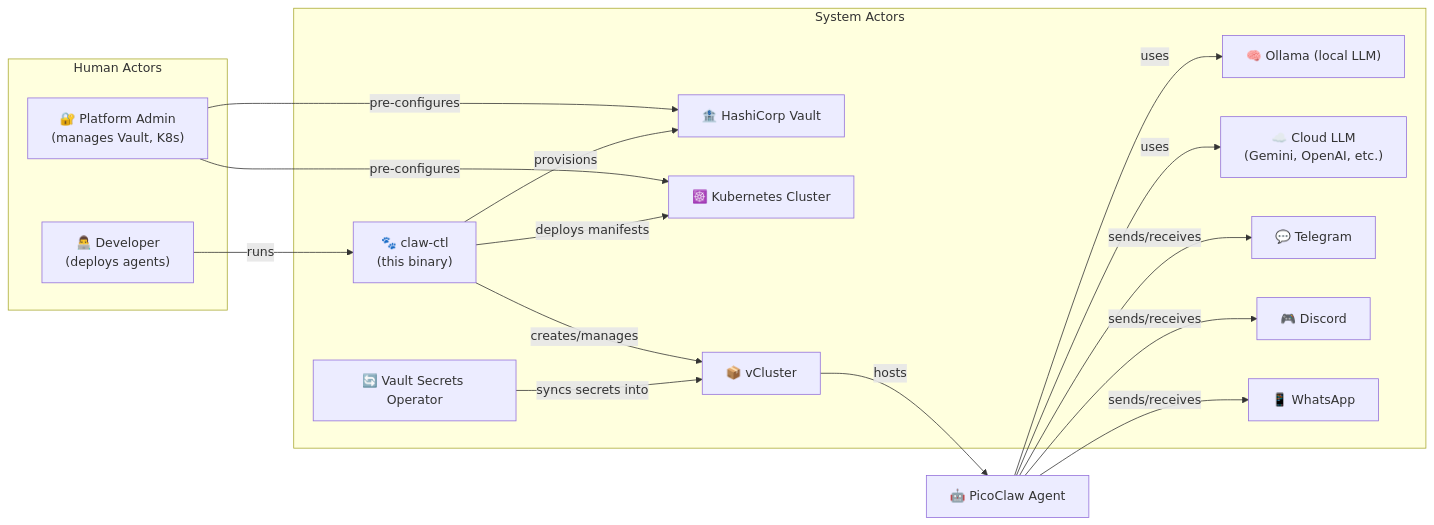
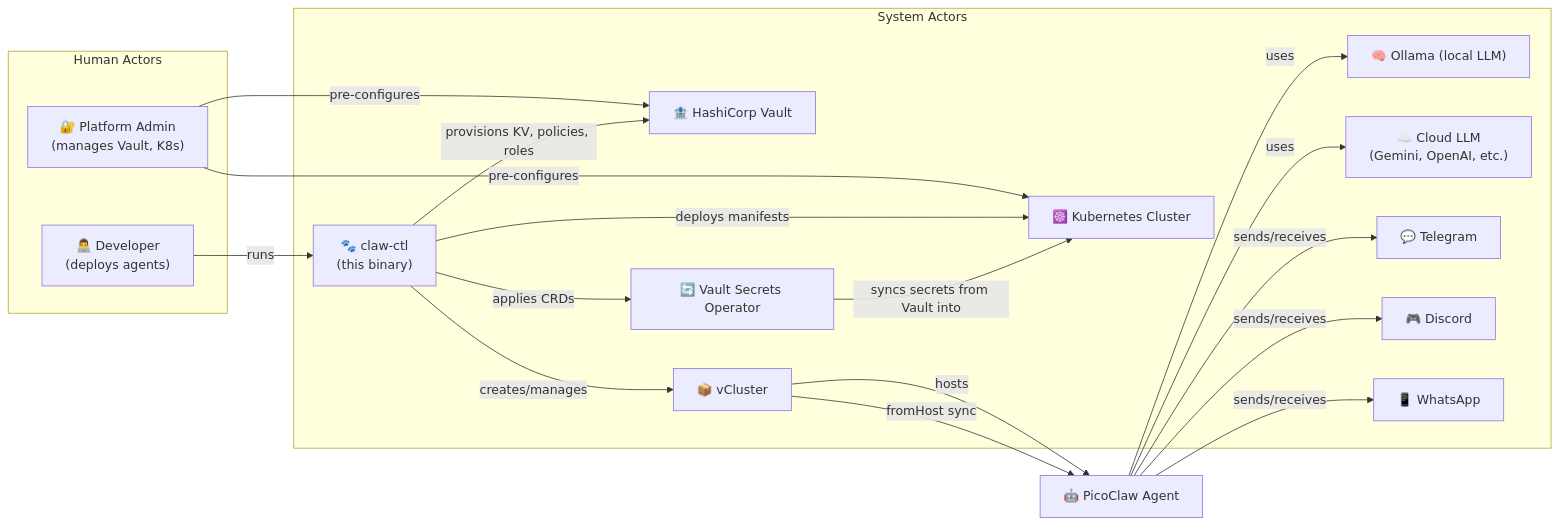
Before and after one commit to ai-agent-ship-it/claw-ctl: the first of 2 diagrams in docs/DESIGN.md, drawn with Mermaid. The commit also changed other lines of this file and 2 other files, not shown here.

First line of the commit message:
fix: correct vCluster fromHost secrets format (mappings.byName)

````diff
--- a/docs/DESIGN.md
+++ b/docs/DESIGN.md
@@ -21,34 +21,36 @@
 ```mermaid
 graph LR
   subgraph "Human Actors"
     DEV["👨‍💻 Developer<br/>(deploys agents)"]
     ADMIN["🔐 Platform Admin<br/>(manages Vault, K8s)"]
   end
 
   subgraph "System Actors"
     CLI["🐾 claw-ctl<br/>(this binary)"]
     VAULT["🏦 HashiCorp Vault"]
     K8S["☸️ Kubernetes Cluster"]
     VCLUSTER["📦 vCluster"]
     VSO["🔄 Vault Secrets Operator"]
     OLLAMA["🧠 Ollama (local LLM)"]
     CLOUD_LLM["☁️ Cloud LLM<br/>(Gemini, OpenAI, etc.)"]
     TELEGRAM["💬 Telegram"]
     DISCORD["🎮 Discord"]
     WHATSAPP["📱 WhatsApp"]
   end
 
   DEV -->|"runs"| CLI
   ADMIN -->|"pre-configures"| VAULT
   ADMIN -->|"pre-configures"| K8S
   CLI -->|"creates/manages"| VCLUSTER
-  CLI -->|"provisions"| VAULT
+  CLI -->|"provisions KV, policies, roles"| VAULT
+  CLI -->|"applies CRDs"| VSO
   CLI -->|"deploys manifests"| K8S
   VCLUSTER -->|"hosts"| PICOCLAW["🤖 PicoClaw Agent"]
   PICOCLAW -->|"uses"| OLLAMA
   PICOCLAW -->|"uses"| CLOUD_LLM
   PICOCLAW -->|"sends/receives"| TELEGRAM
   PICOCLAW -->|"sends/receives"| DISCORD
   PICOCLAW -->|"sends/receives"| WHATSAPP
-  VSO -->|"syncs secrets into"| VCLUSTER
+  VSO -->|"syncs secrets from Vault into"| K8S
+  VCLUSTER -->|"fromHost sync"| PICOCLAW
 ```
````
